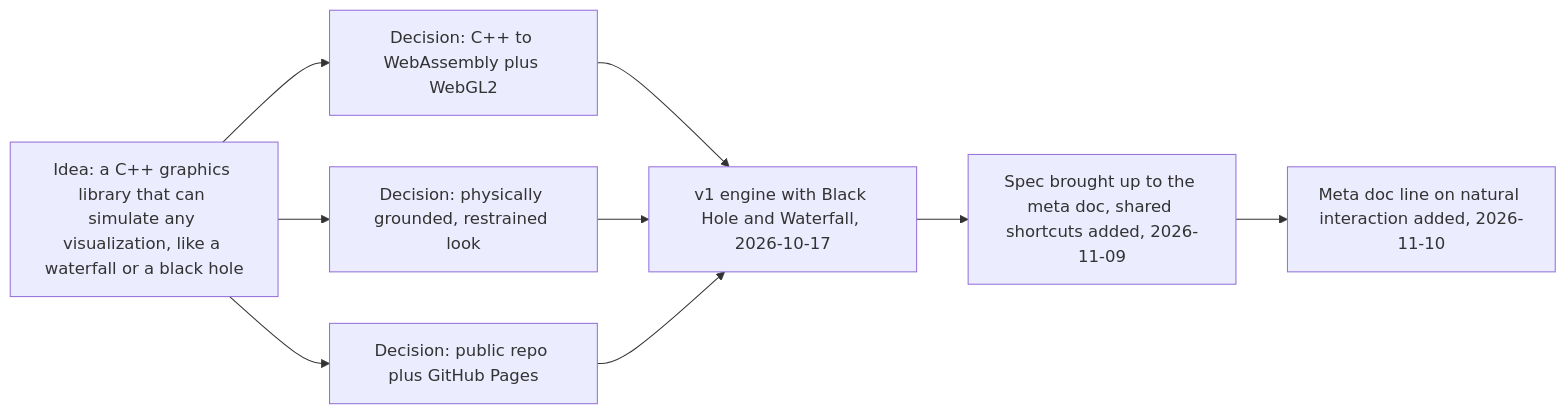
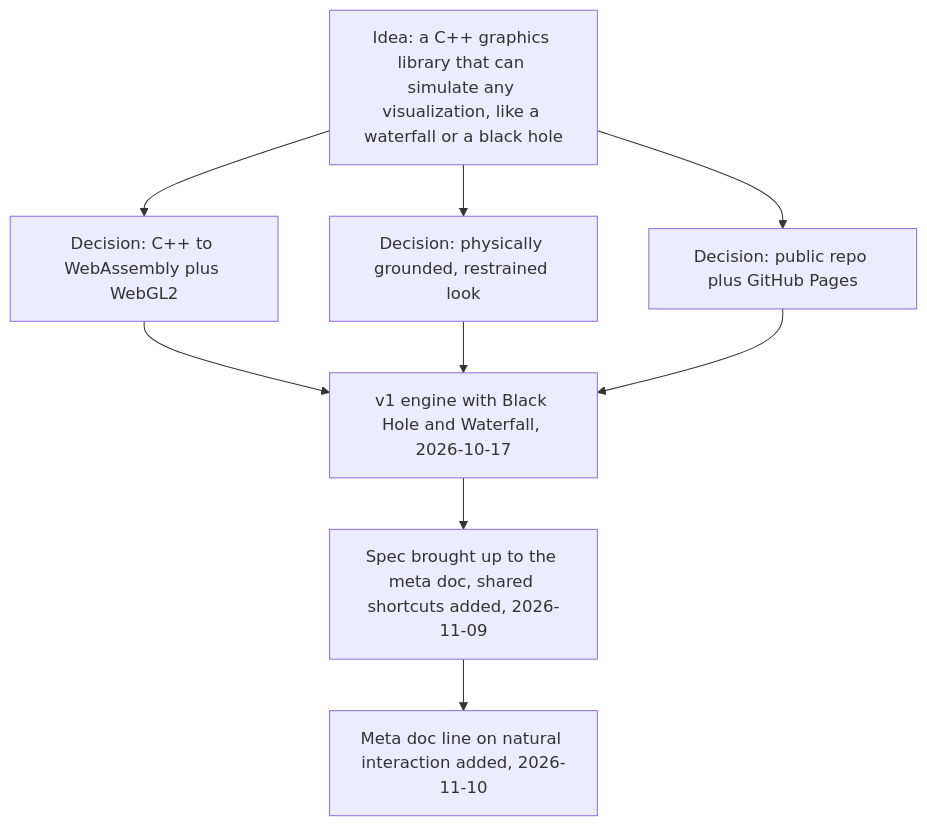
The first of 3 diagrams in docs/HOW-IT-WAS-BUILT.md (amalmehta/GraphicsLibrary), drawn with Mermaid before and after one commit.

Commit message:
Draw the build history top to bottom so it stays readable

````diff
--- a/docs/HOW-IT-WAS-BUILT.md
+++ b/docs/HOW-IT-WAS-BUILT.md
@@ -8,18 +8,18 @@
 ```mermaid
-flowchart LR
+flowchart TD
     idea["Idea: a C++ graphics library that can simulate any visualization, like a waterfall or a black hole"]
     stack["Decision: C++ to WebAssembly plus WebGL2"]
     tone["Decision: physically grounded, restrained look"]
     host["Decision: public repo plus GitHub Pages"]
     m1["v1 engine with Black Hole and Waterfall, 2026-10-17"]
     m2["Spec brought up to the meta doc, shared shortcuts added, 2026-11-09"]
     m3["Meta doc line on natural interaction added, 2026-11-10"]
     idea --> stack
     idea --> tone
     idea --> host
     stack --> m1
     tone --> m1
     host --> m1
     m1 --> m2
     m2 --> m3
 ```
````
